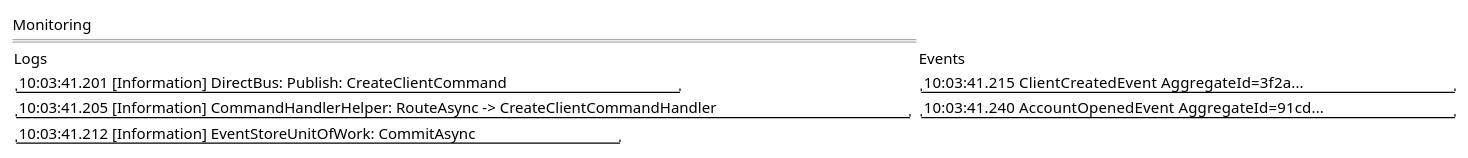
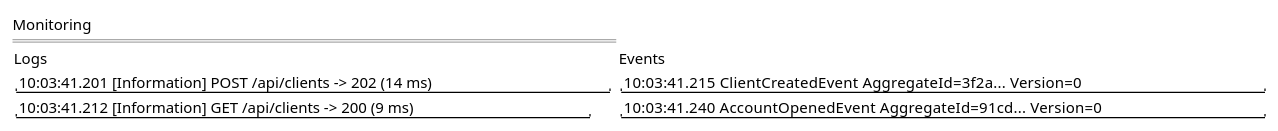
One commit to Mwwhited-BookLearning/fohjin-cqrs changed the tenth of 12 diagrams in docs/09-winforms-ui.md. Above: the diagram before and after it, drawn with PlantUML. The commit also changed other lines of this file and 8 other files, not shown here.

````diff
--- a/docs/09-winforms-ui.md
+++ b/docs/09-winforms-ui.md
@@ -208,22 +243,21 @@
 ```plantuml
 @startsalt
 {
   Monitoring
   ==
   {
     Logs
     {
-      "10:03:41.201 [Information] DirectBus: Publish: CreateClientCommand"
-      "10:03:41.205 [Information] CommandHandlerHelper: RouteAsync -> CreateClientCommandHandler"
-      "10:03:41.212 [Information] EventStoreUnitOfWork: CommitAsync"
+      "10:03:41.201 [Information] POST /api/clients -> 202 (14 ms)"
+      "10:03:41.212 [Information] GET /api/clients -> 200 (9 ms)"
     }
   } | {
     Events
     {
-      "10:03:41.215  ClientCreatedEvent  AggregateId=3f2a..."
-      "10:03:41.240  AccountOpenedEvent  AggregateId=91cd..."
+      "10:03:41.215  ClientCreatedEvent  AggregateId=3f2a...  Version=0"
+      "10:03:41.240  AccountOpenedEvent  AggregateId=91cd...  Version=0"
     }
   }
 }
 @endsalt
 ```
````
